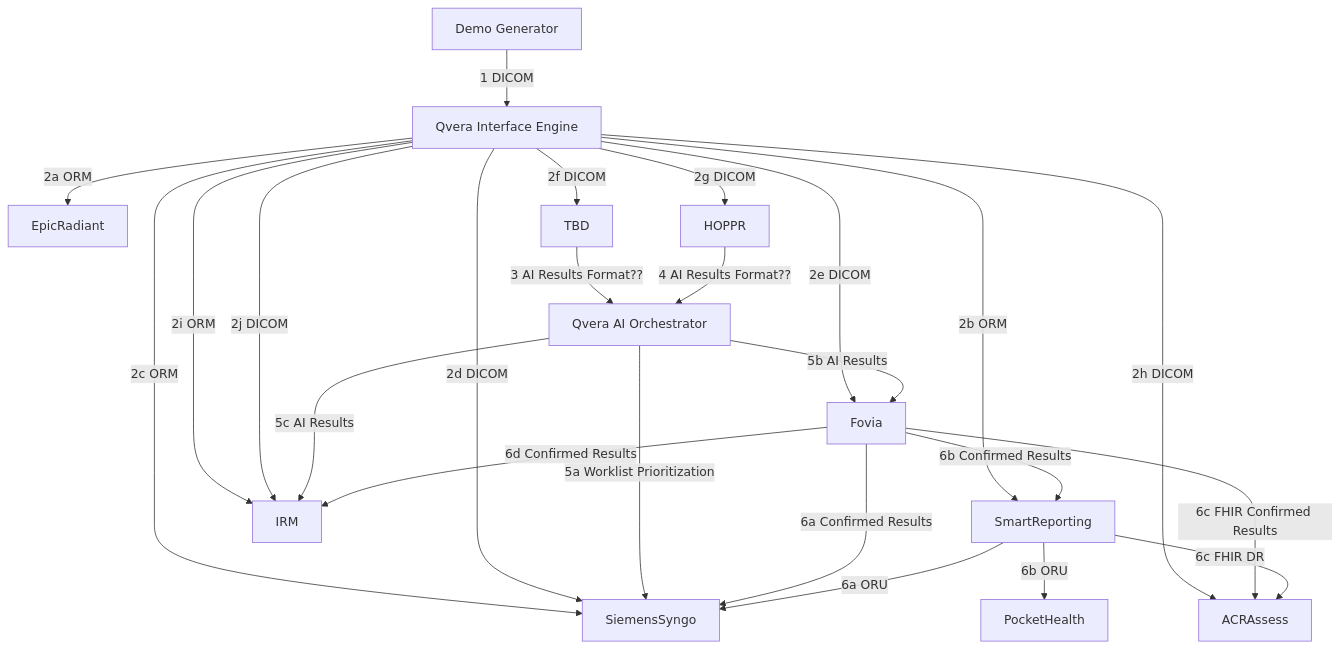
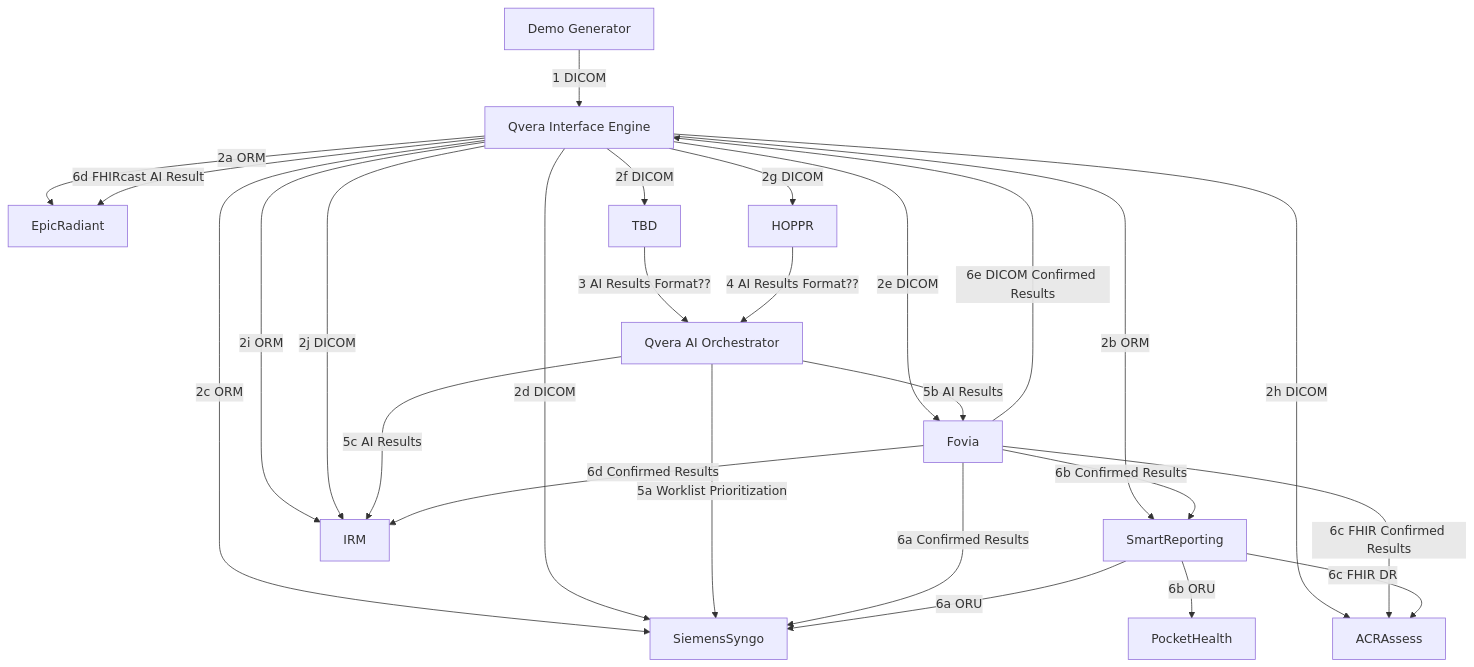
The diagram in curie/diagram-chest-ct.md (mohannadhussain/rsna-2024-rr-demo), drawn with Mermaid before and after one commit.

Commit message:
Epic to receive AI result via FHIRCast from Qvera

````diff
--- a/curie/diagram-chest-ct.md
+++ b/curie/diagram-chest-ct.md
@@ -4,32 +4,34 @@
 ```mermaid
 flowchart TD
     Generator[Demo Generator] --> |1 DICOM| QveraIE[Qvera Interface Engine]
 
     QveraIE --> |2a ORM| EpicRadiant
     QveraIE --> |2b ORM| SmartReporting
     QveraIE --> |2c ORM| SiemensSyngo
     QveraIE --> |2d DICOM| SiemensSyngo
     QveraIE --> |2e DICOM| Fovia
     QveraIE --> |2f DICOM| TBD
     QveraIE --> |2g DICOM| HOPPR
     QveraIE --> |2h DICOM| ACRAssess
     QveraIE --> |2i ORM| IRM
     QveraIE --> |2j DICOM| IRM
     
     TBD --> |3 AI Results Format??| QveraAIO[Qvera AI Orchestrator]
     
     HOPPR --> |4 AI Results Format??| QveraAIO
     
     QveraAIO --> |5a Worklist Prioritization| SiemensSyngo
     QveraAIO --> |5b AI Results| Fovia
     QveraAIO --> |5c AI Results| IRM
 
     Fovia --> |6a Confirmed Results| SiemensSyngo
     Fovia --> |6b Confirmed Results| SmartReporting
     Fovia --> |6c FHIR Confirmed Results| ACRAssess
     Fovia --> |6d Confirmed Results| IRM
+    Fovia --> |6e DICOM Confirmed Results| QveraIE
 
     SmartReporting --> |6a ORU| SiemensSyngo
     SmartReporting --> |6b ORU| PocketHealth
     SmartReporting --> |6c FHIR DR| ACRAssess
+    QveraIE --> |6d FHIRcast AI Result| EpicRadiant
 ```
````
